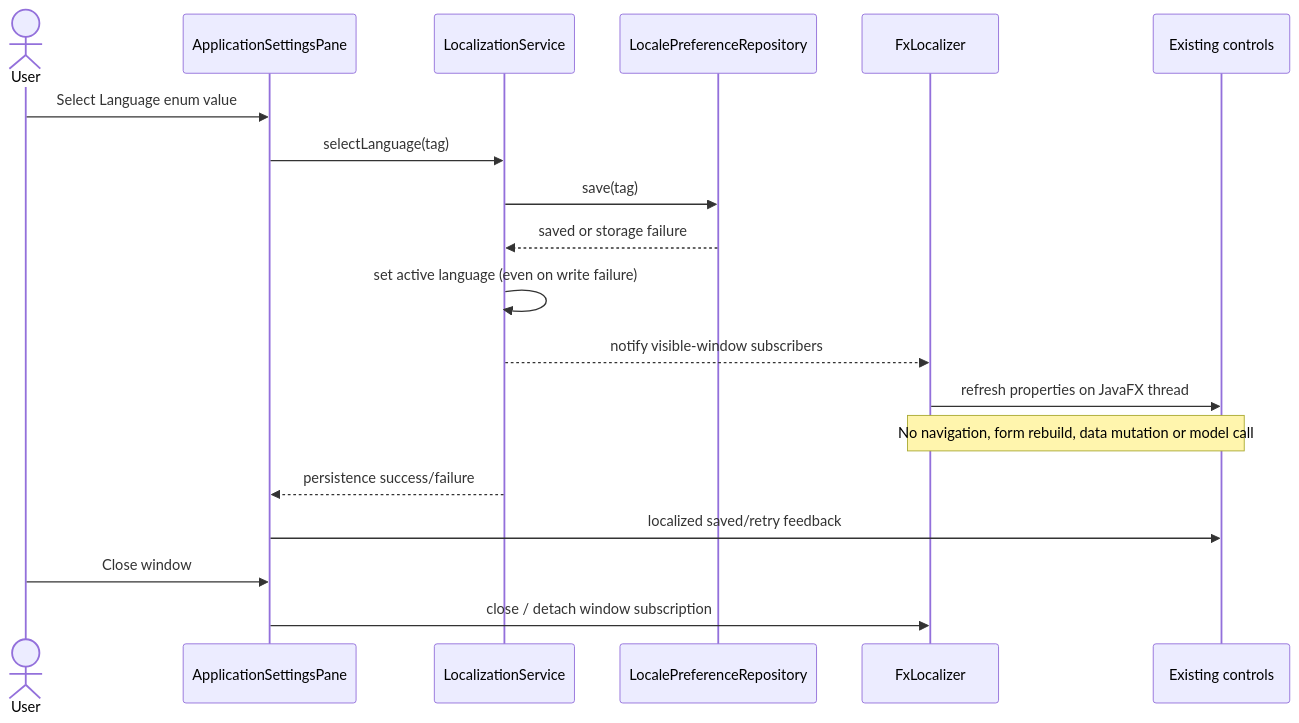
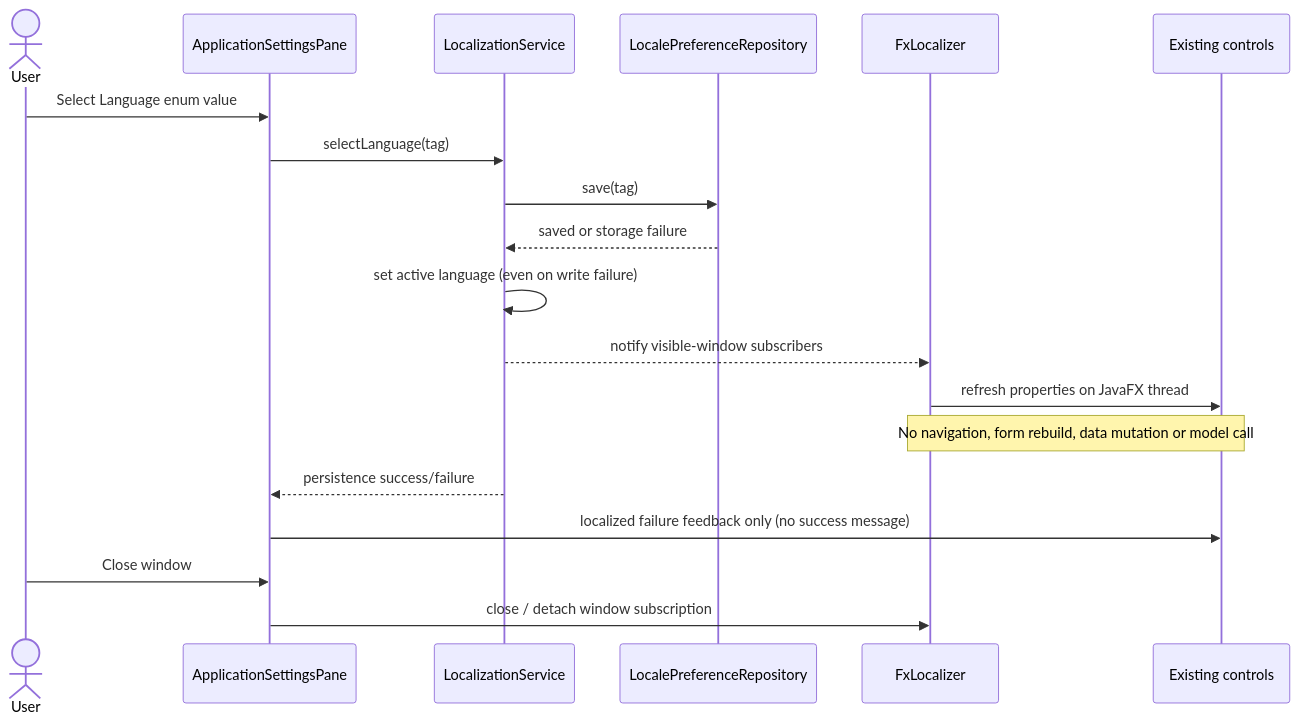
One commit to zboToronto/PhotoPilot changed the second of 2 diagrams in Stage2/docs/localization-architecture.md. Above: the diagram before and after it, drawn with Mermaid. The commit also changed 7 other files, not shown here.

````diff
--- a/Stage2/docs/localization-architecture.md
+++ b/Stage2/docs/localization-architecture.md
@@ -86,21 +86,21 @@
 ```mermaid
 sequenceDiagram
     actor User
     participant Settings as ApplicationSettingsPane
     participant L as LocalizationService
     participant P as LocalePreferenceRepository
     participant FX as FxLocalizer
     participant UI as Existing controls
     User->>Settings: Select Language enum value
     Settings->>L: selectLanguage(tag)
     L->>P: save(tag)
     P-->>L: saved or storage failure
     L->>L: set active language (even on write failure)
     L-->>FX: notify visible-window subscribers
     FX->>UI: refresh properties on JavaFX thread
     Note over FX,UI: No navigation, form rebuild, data mutation or model call
     L-->>Settings: persistence success/failure
-    Settings->>UI: localized saved/retry feedback
+    Settings->>UI: localized failure feedback only (no success message)
     User->>Settings: Close window
     Settings->>FX: close / detach window subscription
 ```
````
